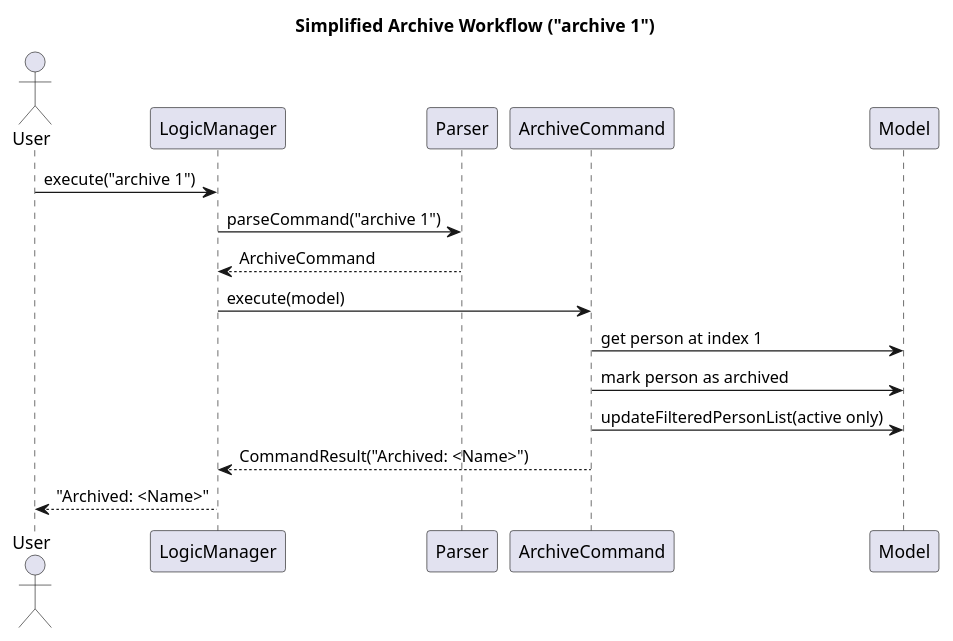
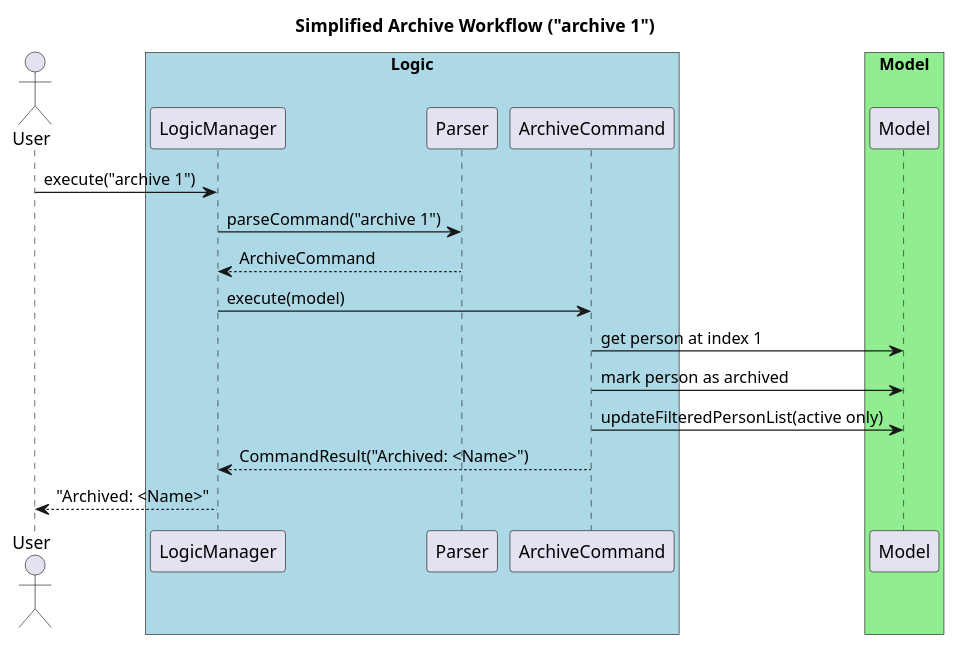
The diagram in diagrams/ArchiveCommandSequenceDiagram.puml (AY2526S1-CS2103T-W11-2/tp), drawn with PlantUML before and after one commit. The commit also changed other lines of this file and 35 other files, not shown here.

```diff
--- a/diagrams/ArchiveCommandSequenceDiagram.puml
+++ b/diagrams/ArchiveCommandSequenceDiagram.puml
@@ -3,21 +1,27 @@
 @startuml
 title Simplified Archive Workflow ("archive 1")
 
 actor User
+
+box "Logic" #LightBlue
 participant LogicManager
 participant Parser
 participant ArchiveCommand
+end box
+
+box "Model" #LightGreen
 participant Model
+end box
 
 User -> LogicManager : execute("archive 1")
 LogicManager -> Parser : parseCommand("archive 1")
 Parser --> LogicManager : ArchiveCommand
 
 LogicManager -> ArchiveCommand : execute(model)
 ArchiveCommand -> Model : get person at index 1
 ArchiveCommand -> Model : mark person as archived
 ArchiveCommand -> Model : updateFilteredPersonList(active only)
 ArchiveCommand --> LogicManager : CommandResult("Archived: <Name>")
 LogicManager --> User : "Archived: <Name>"
 
 @enduml
```
